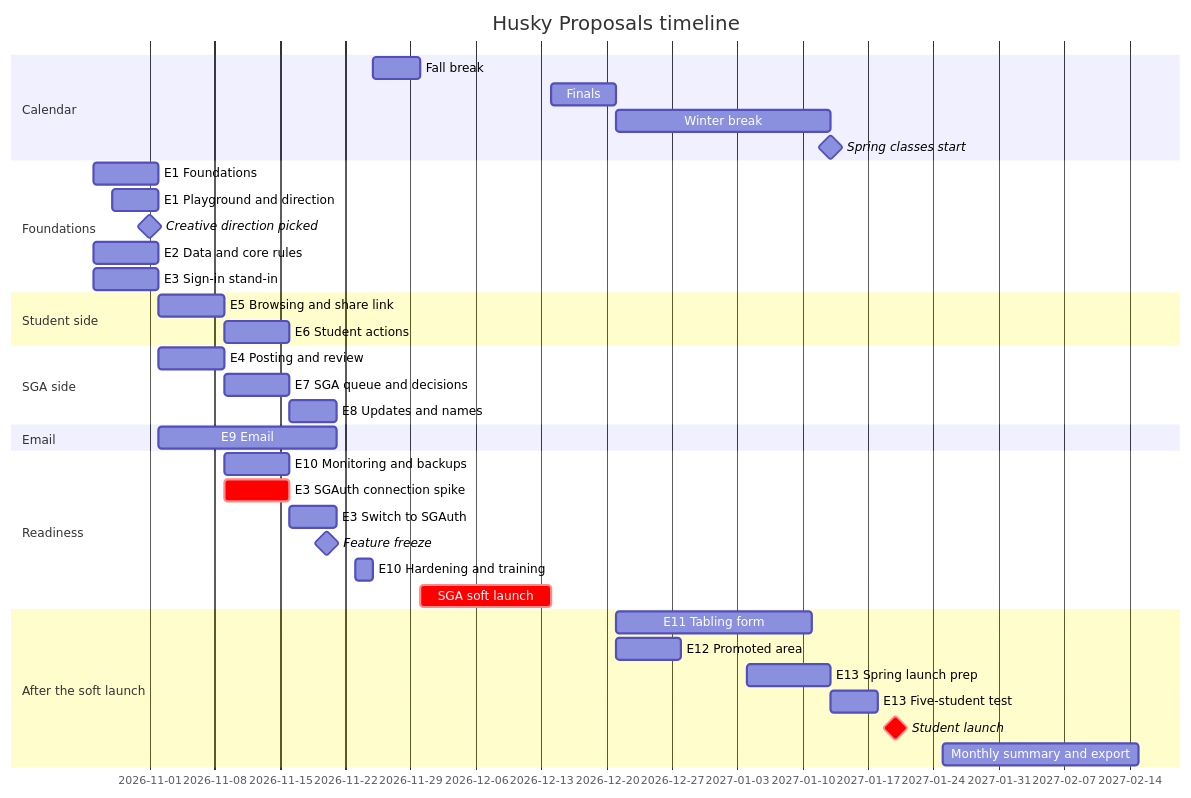
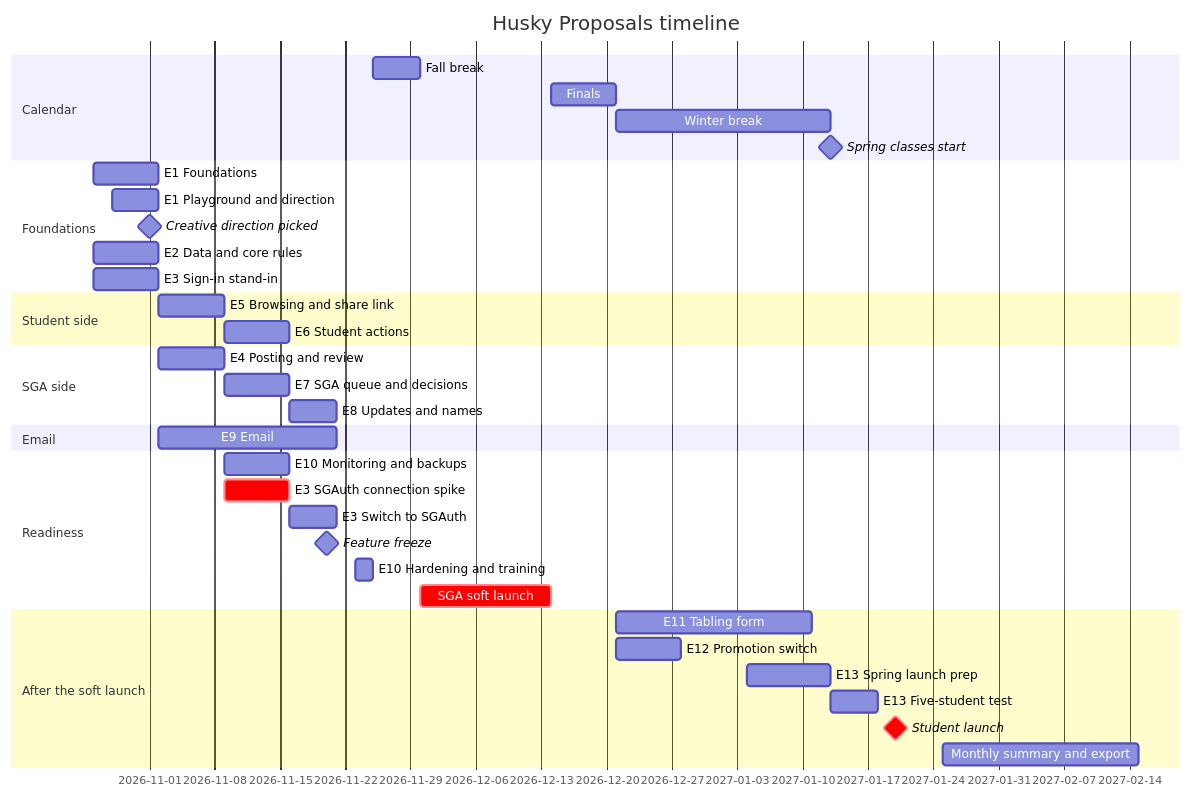
The diagram in docs/timeline.md (SGAOperationalAffairs/husky-proposals), drawn with Mermaid before and after one commit. The commit also changed other lines of this file and 5 other files, not shown here.

````diff
--- a/docs/timeline.md
+++ b/docs/timeline.md
@@ -17,39 +17,39 @@
 ```mermaid
 gantt
     title Husky Proposals timeline
     dateFormat YYYY-MM-DD
     section Calendar
     Fall break                    :2026-11-25, 5d
     Finals                        :2026-12-14, 7d
     Winter break                  :2026-12-21, 23d
     Spring classes start          :milestone, 2027-01-13, 0d
     section Foundations
     E1 Foundations                :e1, 2026-10-26, 7d
     E1 Playground and direction   :e1p, 2026-10-28, 5d
     Creative direction picked     :milestone, 2026-11-01, 0d
     E2 Data and core rules        :e2, 2026-10-26, 7d
     E3 Sign-in stand-in           :e3a, 2026-10-26, 7d
     section Student side
     E5 Browsing and share link    :e5, 2026-11-02, 7d
     E6 Student actions            :e6, 2026-11-09, 7d
     section SGA side
     E4 Posting and review         :e4, 2026-11-02, 7d
     E7 SGA queue and decisions    :e7, 2026-11-09, 7d
     E8 Updates and names          :e8, 2026-11-16, 5d
     section Email
     E9 Email                      :e9, 2026-11-02, 19d
     section Readiness
     E10 Monitoring and backups    :e10a, 2026-11-09, 7d
     E3 SGAuth connection spike    :crit, e3s, 2026-11-09, 7d
     E3 Switch to SGAuth           :e3b, 2026-11-16, 5d
     Feature freeze                :milestone, 2026-11-20, 0d
     E10 Hardening and training    :e10c, 2026-11-23, 2d
     SGA soft launch               :crit, soft, 2026-11-30, 14d
     section After the soft launch
     E11 Tabling form              :e11, 2026-12-21, 21d
-    E12 Promoted area             :e12, 2026-12-21, 7d
+    E12 Promotion switch          :e12, 2026-12-21, 7d
     E13 Spring launch prep        :e13, 2027-01-04, 9d
     E13 Five-student test         :e13t, 2027-01-13, 5d
     Student launch                :milestone, crit, 2027-01-20, 0d
     Monthly summary and export    :2027-01-25, 21d
 ```
````
